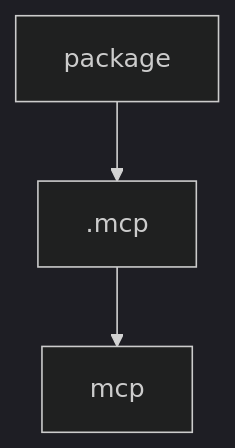
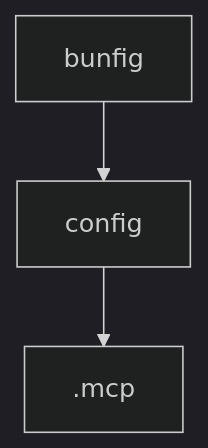
Before and after one commit to johnxie/awesome-code-docs: the diagram in tutorials/superset-terminal-tutorial/03-workspace-orchestration-lifecycle.md, drawn with Mermaid (dark theme). The commit also changed other lines of this file and 104 other files, not shown here.

````diff
--- a/tutorials/superset-terminal-tutorial/03-workspace-orchestration-lifecycle.md
+++ b/tutorials/superset-terminal-tutorial/03-workspace-orchestration-lifecycle.md
@@ -168,8 +135,8 @@
 ```mermaid
 flowchart TD
-    A[package]
-    B[.mcp]
-    C[mcp]
+    A[bunfig]
+    B[config]
+    C[.mcp]
     A --> B
     B --> C
 ```
````
